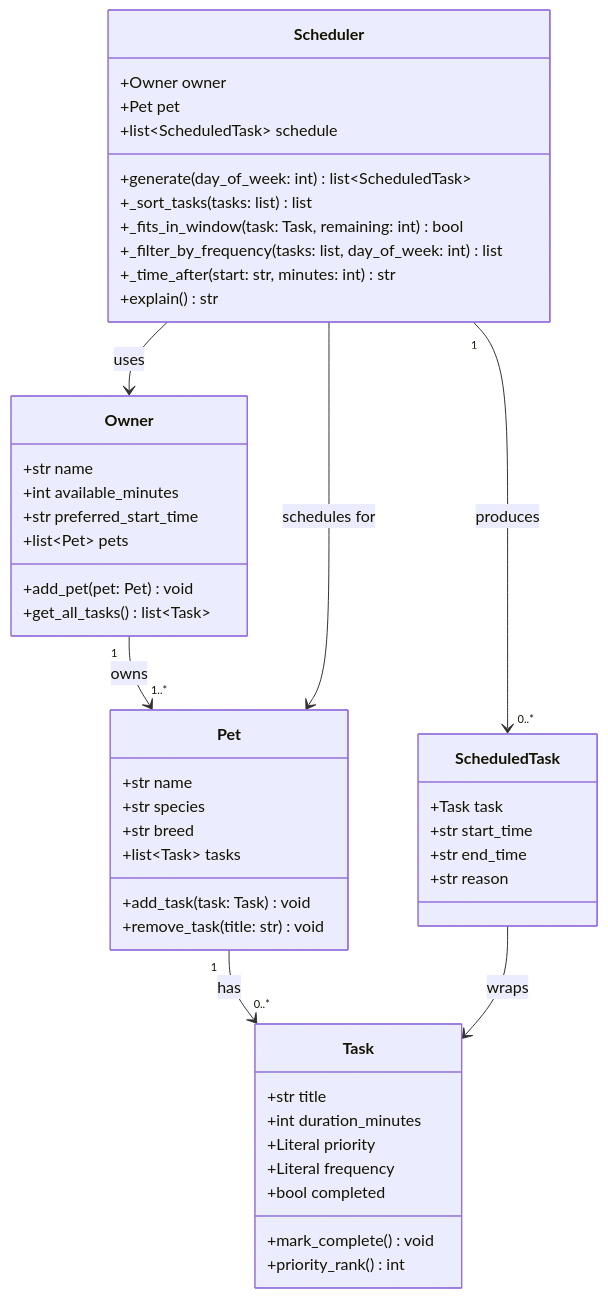
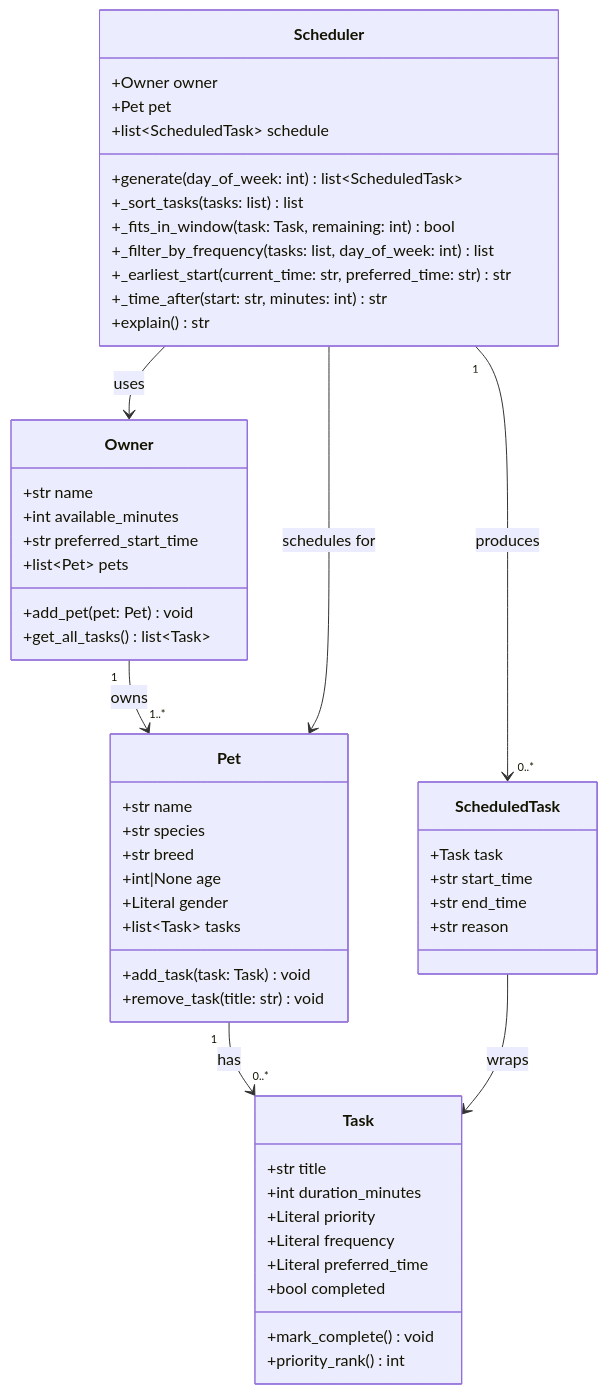
Before and after one commit to Marqed4/ai110-module2show-pawpal-starter: the diagram in diagrams/mermaid.js.md, drawn with Mermaid. The commit also changed 6 other files, not shown here.

````diff
--- a/diagrams/mermaid.js.md
+++ b/diagrams/mermaid.js.md
@@ -1,56 +1,60 @@
 ```mermaid
 classDiagram
     class Owner {
         +str name
         +int available_minutes
         +str preferred_start_time
         +list~Pet~ pets
         +add_pet(pet: Pet) void
         +get_all_tasks() list~Task~
     }
 
     class Pet {
         +str name
         +str species
         +str breed
+        +int|None age
+        +Literal gender
         +list~Task~ tasks
         +add_task(task: Task) void
         +remove_task(title: str) void
     }
 
     class Task {
         +str title
         +int duration_minutes
         +Literal priority
         +Literal frequency
+        +Literal preferred_time
         +bool completed
         +mark_complete() void
         +priority_rank() int
     }
 
     class ScheduledTask {
         +Task task
         +str start_time
         +str end_time
         +str reason
     }
 
     class Scheduler {
         +Owner owner
         +Pet pet
         +list~ScheduledTask~ schedule
         +generate(day_of_week: int) list~ScheduledTask~
         +_sort_tasks(tasks: list) list
         +_fits_in_window(task: Task, remaining: int) bool
         +_filter_by_frequency(tasks: list, day_of_week: int) list
+        +_earliest_start(current_time: str, preferred_time: str) str
         +_time_after(start: str, minutes: int) str
         +explain() str
     }
 
     Owner "1" --> "1..*" Pet : owns
     Pet "1" --> "0..*" Task : has
     Scheduler --> Owner : uses
     Scheduler --> Pet : schedules for
     Scheduler "1" --> "0..*" ScheduledTask : produces
     ScheduledTask --> Task : wraps
 ```
````
